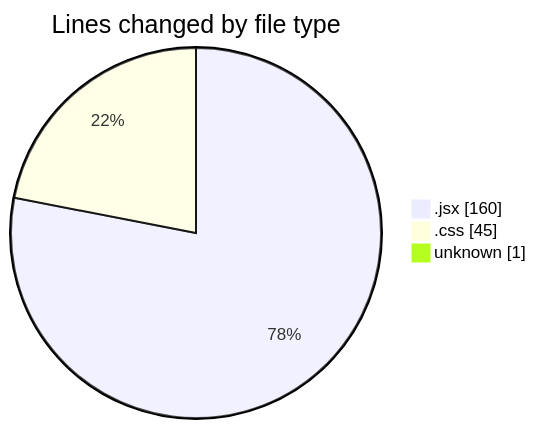
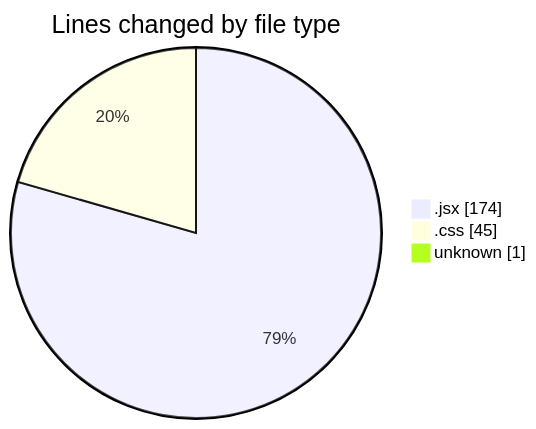
One commit to Elitesun/code-tracking changed the first of 2 diagrams in 2025-02-06/react_ecom/README.md. Above: the diagram before and after it, drawn with Mermaid. The commit also changed other lines of this file and 1 other file, not shown here.

````diff
--- a/2025-02-06/react_ecom/README.md
+++ b/2025-02-06/react_ecom/README.md
@@ -24,7 +24,7 @@
 ```mermaid
 pie showData
 title Lines changed by file type
-".jsx" : 160
+".jsx" : 174
 ".css" : 45
 "unknown" : 1
 ```
````
